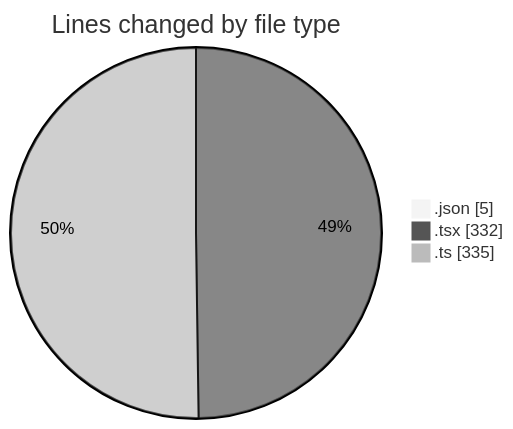
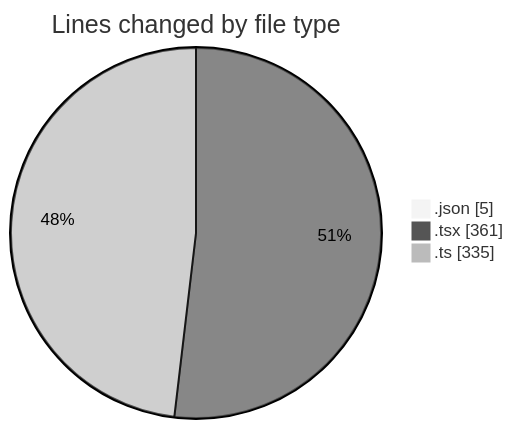
The first of 2 diagrams in 2025-10-27/eventscop-frontend-guide__workspace_/README.md (julien-gomy/code-tracking), drawn with Mermaid (neutral theme) before and after one commit. The commit also changed other lines of this file and 1 other file, not shown here.

````diff
--- a/2025-10-27/eventscop-frontend-guide__workspace_/README.md
+++ b/2025-10-27/eventscop-frontend-guide__workspace_/README.md
@@ -24,7 +24,7 @@
 ```mermaid
 pie showData
 title Lines changed by file type
 ".json" : 5
-".tsx" : 332
+".tsx" : 361
 ".ts" : 335
 ```
````
